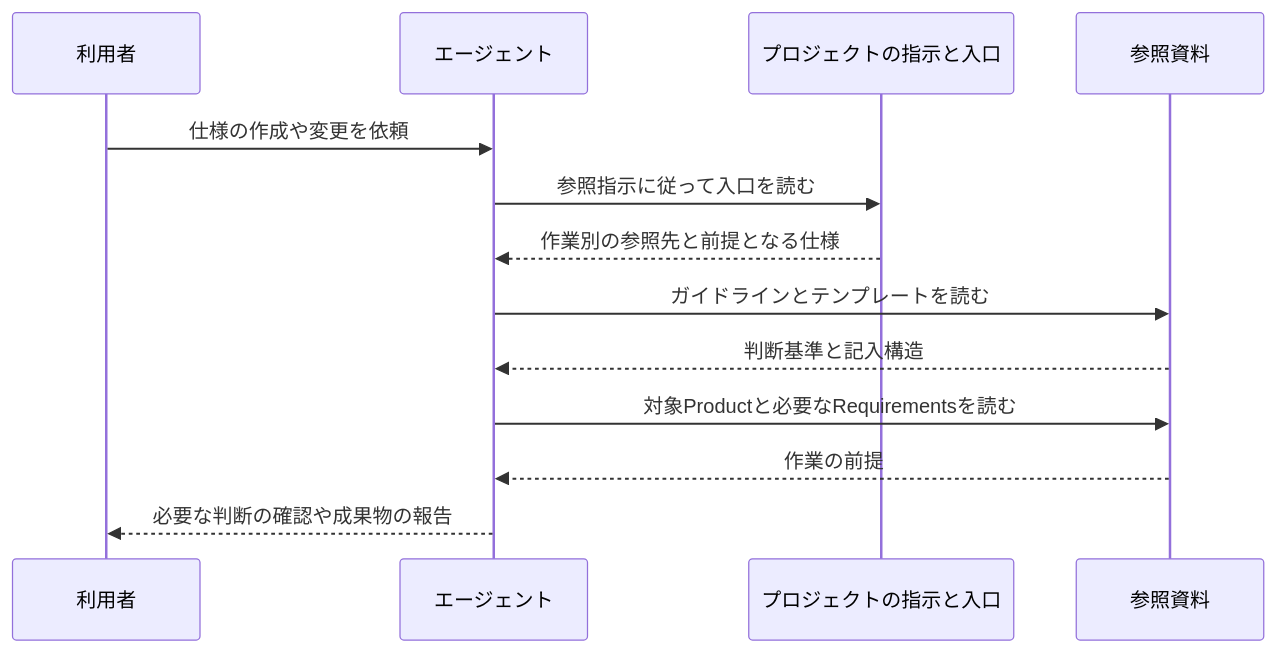
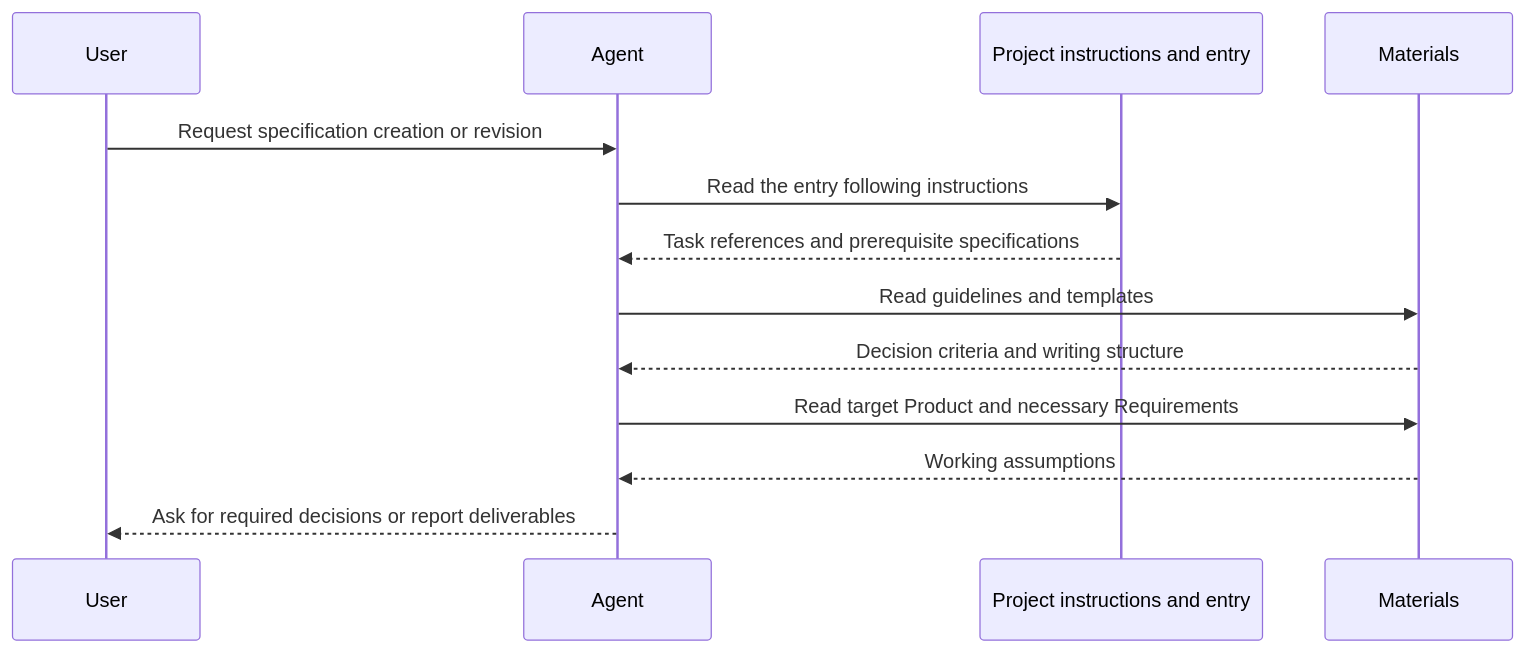
The diagram in docs/products/sdev/features/guideline-reference/design.md (azu/sdev), drawn with Mermaid before and after one commit. The commit also changed other lines of this file and 86 other files, not shown here.

````diff
--- a/docs/products/sdev/features/guideline-reference/design.md
+++ b/docs/products/sdev/features/guideline-reference/design.md
@@ -64,15 +65,15 @@
 ```mermaid
 sequenceDiagram
-    participant U as 利用者
-    participant A as エージェント
-    participant I as プロジェクトの指示と入口
-    participant D as 参照資料
-    U->>A: 仕様の作成や変更を依頼
-    A->>I: 参照指示に従って入口を読む
-    I-->>A: 作業別の参照先と前提となる仕様
-    A->>D: ガイドラインとテンプレートを読む
-    D-->>A: 判断基準と記入構造
-    A->>D: 対象Productと必要なRequirementsを読む
-    D-->>A: 作業の前提
-    A-->>U: 必要な判断の確認や成果物の報告
+    participant U as User
+    participant A as Agent
+    participant I as Project instructions and entry
+    participant D as Materials
+    U->>A: Request specification creation or revision
+    A->>I: Read the entry following instructions
+    I-->>A: Task references and prerequisite specifications
+    A->>D: Read guidelines and templates
+    D-->>A: Decision criteria and writing structure
+    A->>D: Read target Product and necessary Requirements
+    D-->>A: Working assumptions
+    A-->>U: Ask for required decisions or report deliverables
 ```
````
